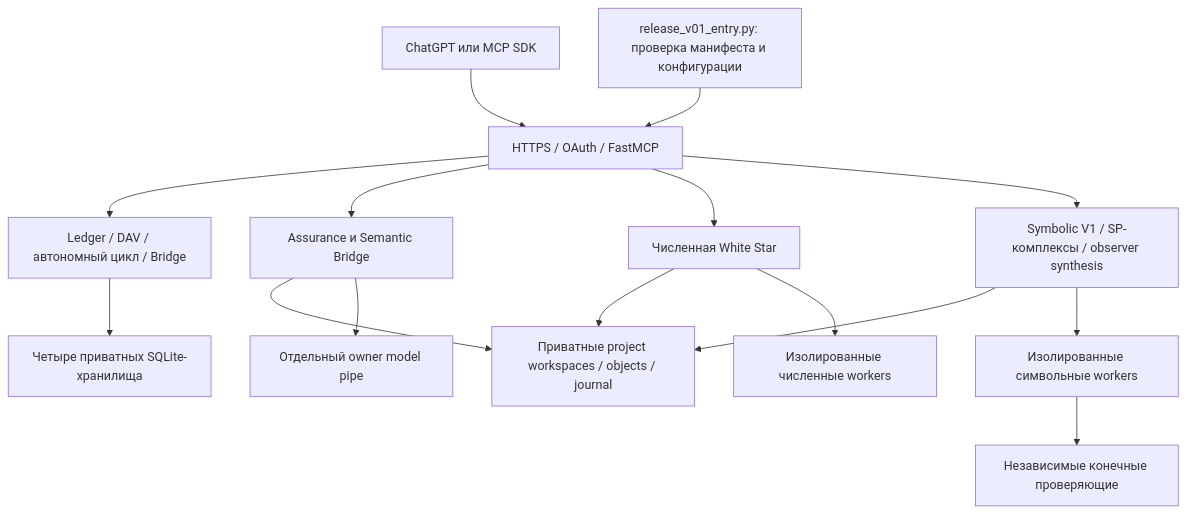
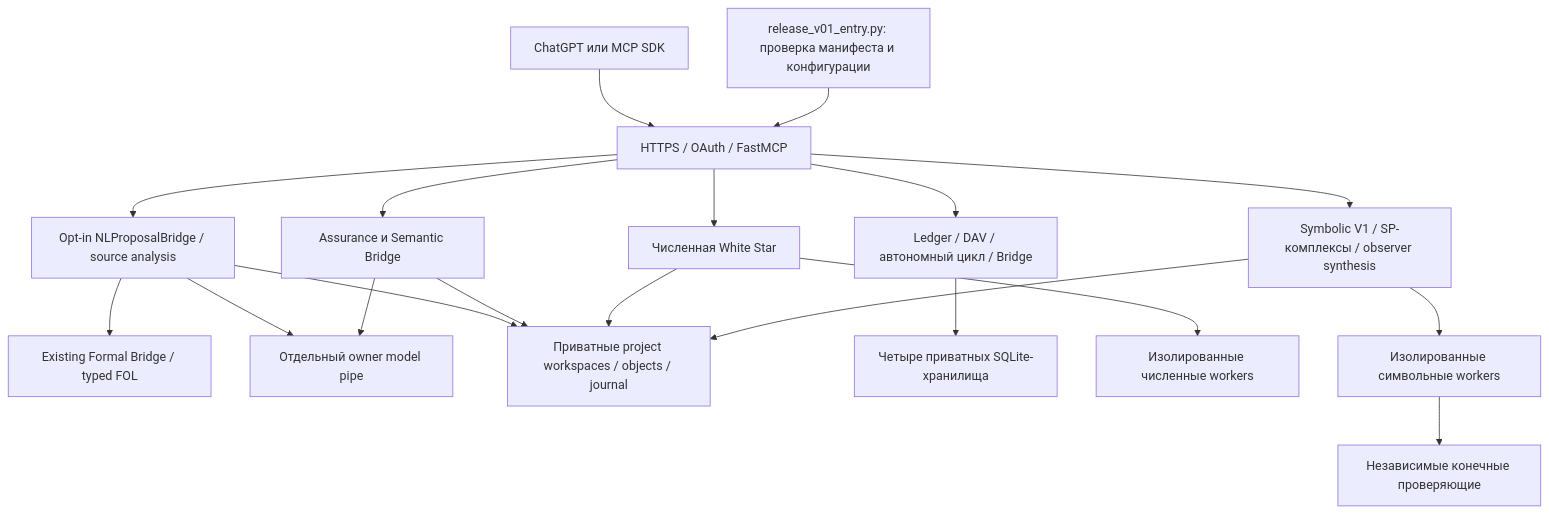
One commit to catman77/LivingMath changed the first of 2 diagrams in ARCHITECTURE.md. Above: the diagram before and after it, drawn with Mermaid. The commit also changed other lines of this file and 44 other files, not shown here.

Commit message:
Add opt-in source-bound NL proposal bridge and checked trace provenance

````diff
--- a/ARCHITECTURE.md
+++ b/ARCHITECTURE.md
@@ -10,17 +10,21 @@
 ```mermaid
 flowchart TD
     Client[ChatGPT или MCP SDK] --> Transport[HTTPS / OAuth / FastMCP]
     Entry[release_v01_entry.py: проверка манифеста и конфигурации] --> Transport
     Transport --> Legacy[Ledger / DAV / автономный цикл / Bridge]
     Transport --> Assurance[Assurance и Semantic Bridge]
     Transport --> Numeric[Численная White Star]
+    Transport --> NL[Opt-in NLProposalBridge / source analysis]
+    NL --> Formal[Existing Formal Bridge / typed FOL]
+    NL --> Pipe
+    NL --> Workspace
     Transport --> Symbolic[Symbolic V1 / SP-комплексы / observer synthesis]
     Legacy --> SQLite[Четыре приватных SQLite-хранилища]
     Assurance --> Workspace[Приватные project workspaces / objects / journal]
     Numeric --> Workspace
     Symbolic --> Workspace
     Assurance --> Pipe[Отдельный owner model pipe]
     Numeric --> NumericWorkers[Изолированные численные workers]
     Symbolic --> SymbolicWorkers[Изолированные символьные workers]
     SymbolicWorkers --> Checkers[Независимые конечные проверяющие]
 ```
````
